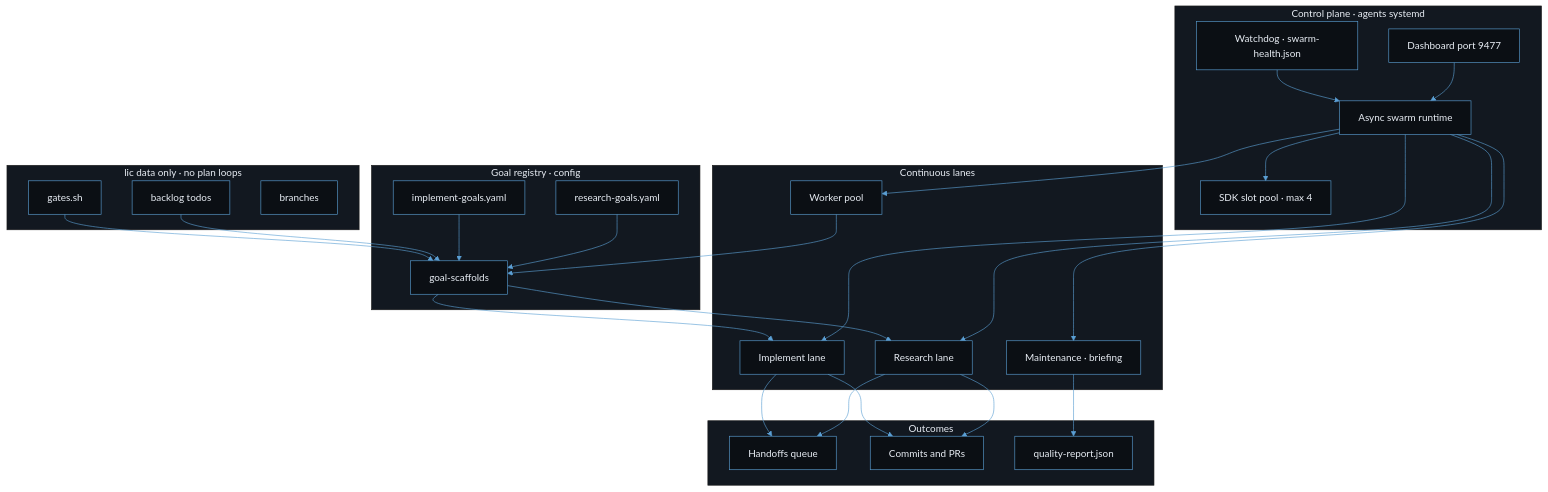
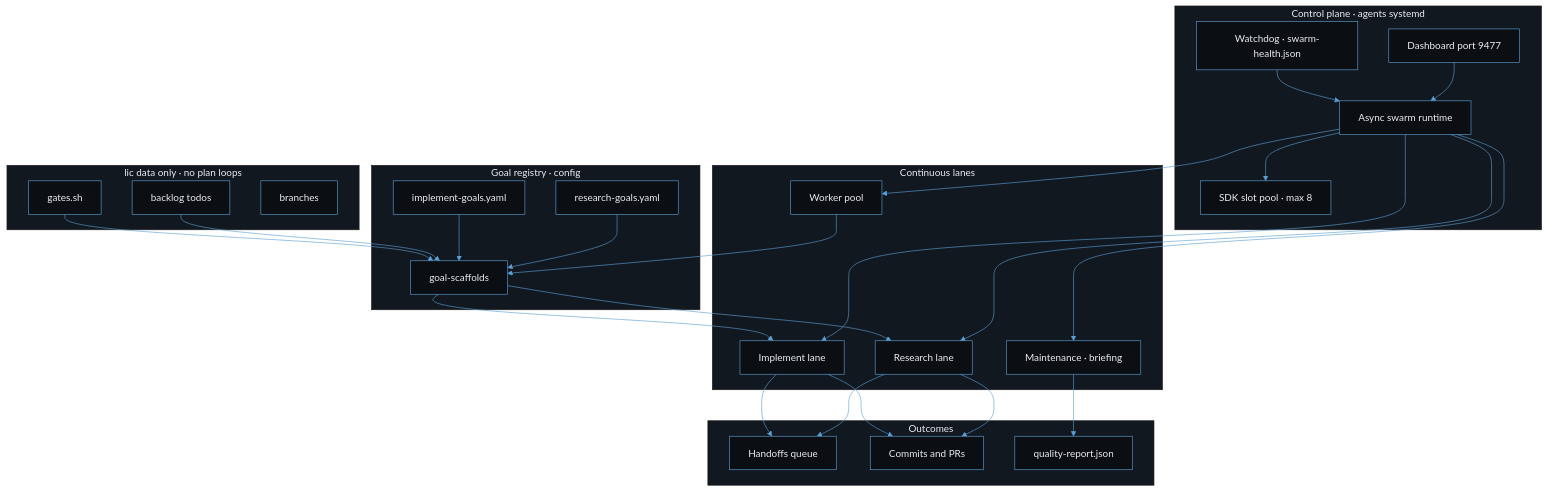
Before and after one commit to li-langverse/li-cursor-agents: the diagram in docs/ecosystem/swarm-architecture.md, drawn with Mermaid. The commit also changed other lines of this file and 5 other files, not shown here.

````diff
--- a/docs/ecosystem/swarm-architecture.md
+++ b/docs/ecosystem/swarm-architecture.md
@@ -58,54 +58,54 @@
 ```mermaid
 %%{init: {"theme": "base", "themeVariables": {"primaryColor": "#1A2332", "primaryTextColor": "#E8EDF4", "primaryBorderColor": "#5B9FD4", "lineColor": "#5B9FD4", "secondaryColor": "#121820", "tertiaryColor": "#243044", "background": "#0B0F14", "mainBkg": "#0B0F14", "clusterBkg": "#121820", "titleColor": "#E8EDF4"}}}%%
 flowchart TB
   subgraph controlPlane ["Control plane · agents systemd"]
     DASH["Dashboard port 9477"]
     ASYNC["Async swarm runtime"]
-    SLOT["SDK slot pool · max 4"]
+    SLOT["SDK slot pool · max 8"]
     WD["Watchdog · swarm-health.json"]
     DASH --> ASYNC --> SLOT
     WD --> ASYNC
   end
 
   subgraph goalRegistry ["Goal registry · config"]
     RG["research-goals.yaml"]
     IG["implement-goals.yaml"]
     SC["goal-scaffolds"]
     RG --> SC
     IG --> SC
   end
 
   subgraph lanePool ["Continuous lanes"]
     RL["Research lane"]
     IL["Implement lane"]
     ML["Maintenance · briefing"]
     WP["Worker pool"]
   end
 
   subgraph licData ["lic data only · no plan loops"]
     BL["backlog todos"]
     GT["gates.sh"]
     BR["branches"]
   end
 
   subgraph outcomePool ["Outcomes"]
     HK["Handoffs queue"]
     PR["Commits and PRs"]
     REP["quality-report.json"]
   end
 
   ASYNC --> RL
   ASYNC --> IL
   ASYNC --> ML
   ASYNC --> WP
   SC --> RL
   SC --> IL
   BL --> SC
   GT --> SC
   RL --> HK
   RL --> PR
   IL --> HK
   IL --> PR
   ML --> REP
   WP --> SC
 ```
````
